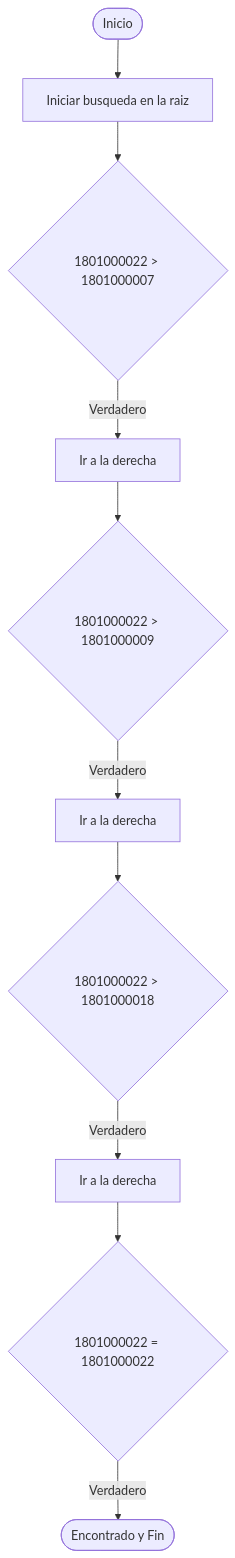
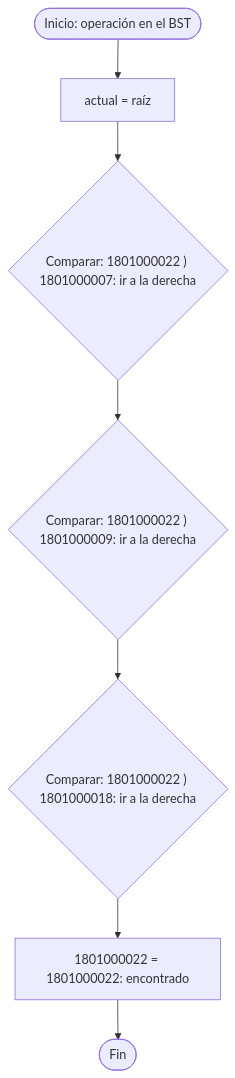
The diagram in output/diagramas/05_flujograma_bst.md (Leo23new/ProyectoGrupo3), drawn with Mermaid before and after one commit. The commit also changed other lines of this file and 32 other files, not shown here.

````diff
--- a/output/diagramas/05_flujograma_bst.md
+++ b/output/diagramas/05_flujograma_bst.md
@@ -5,12 +5,9 @@
 ```mermaid
 flowchart TD
-    A(["Inicio"]) --> B[""Iniciar busqueda en la raiz""]
-    B --> C{"1801000022 > 1801000007"}
-    C -->|"Verdadero"| D[""Ir a la derecha""]
-    D --> E{"1801000022 > 1801000009"}
-    E -->|"Verdadero"| F[""Ir a la derecha""]
-    F --> G{"1801000022 > 1801000018"}
-    G -->|"Verdadero"| H[""Ir a la derecha""]
-    H --> I{"1801000022 = 1801000022"}
-    I -->|"Verdadero"| J(["Encontrado y Fin"])
+    S(["Inicio: operación en el BST"]) --> R["actual = raíz"]
+    R --> P1{"Comparar: 1801000022 ) 1801000007: ir a la derecha"}
+    P1 --> P2{"Comparar: 1801000022 ) 1801000009: ir a la derecha"}
+    P2 --> P3{"Comparar: 1801000022 ) 1801000018: ir a la derecha"}
+    P3 --> P4["1801000022 = 1801000022: encontrado"]
+    P4 --> Z(["Fin"])
 ```
````
